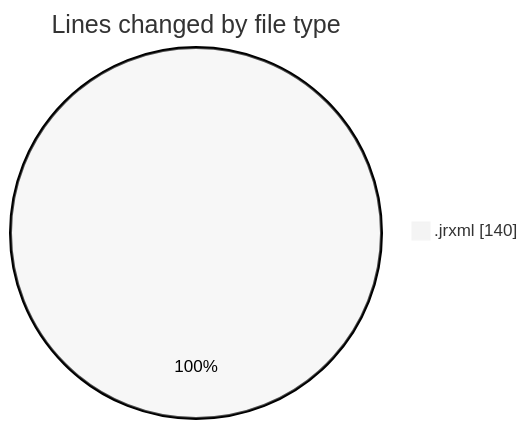
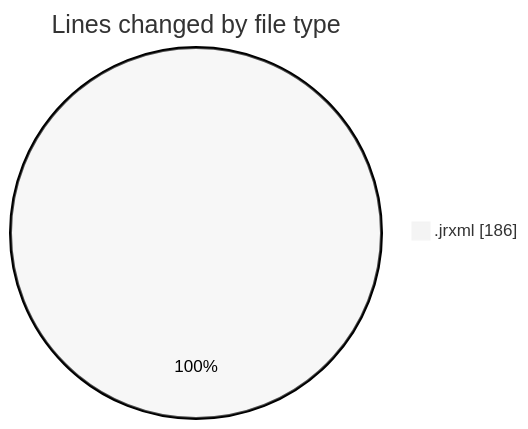
The first of 2 diagrams in 2026-06-30/cilreports__workspace_/README.md (ricardozamudiocil/code-tracking), drawn with Mermaid (neutral theme) before and after one commit. The commit also changed other lines of this file and 1 other file, not shown here.

````diff
--- a/2026-06-30/cilreports__workspace_/README.md
+++ b/2026-06-30/cilreports__workspace_/README.md
@@ -20,5 +20,5 @@
 ```mermaid
 pie showData
 title Lines changed by file type
-".jrxml" : 140
+".jrxml" : 186
 ```
````
